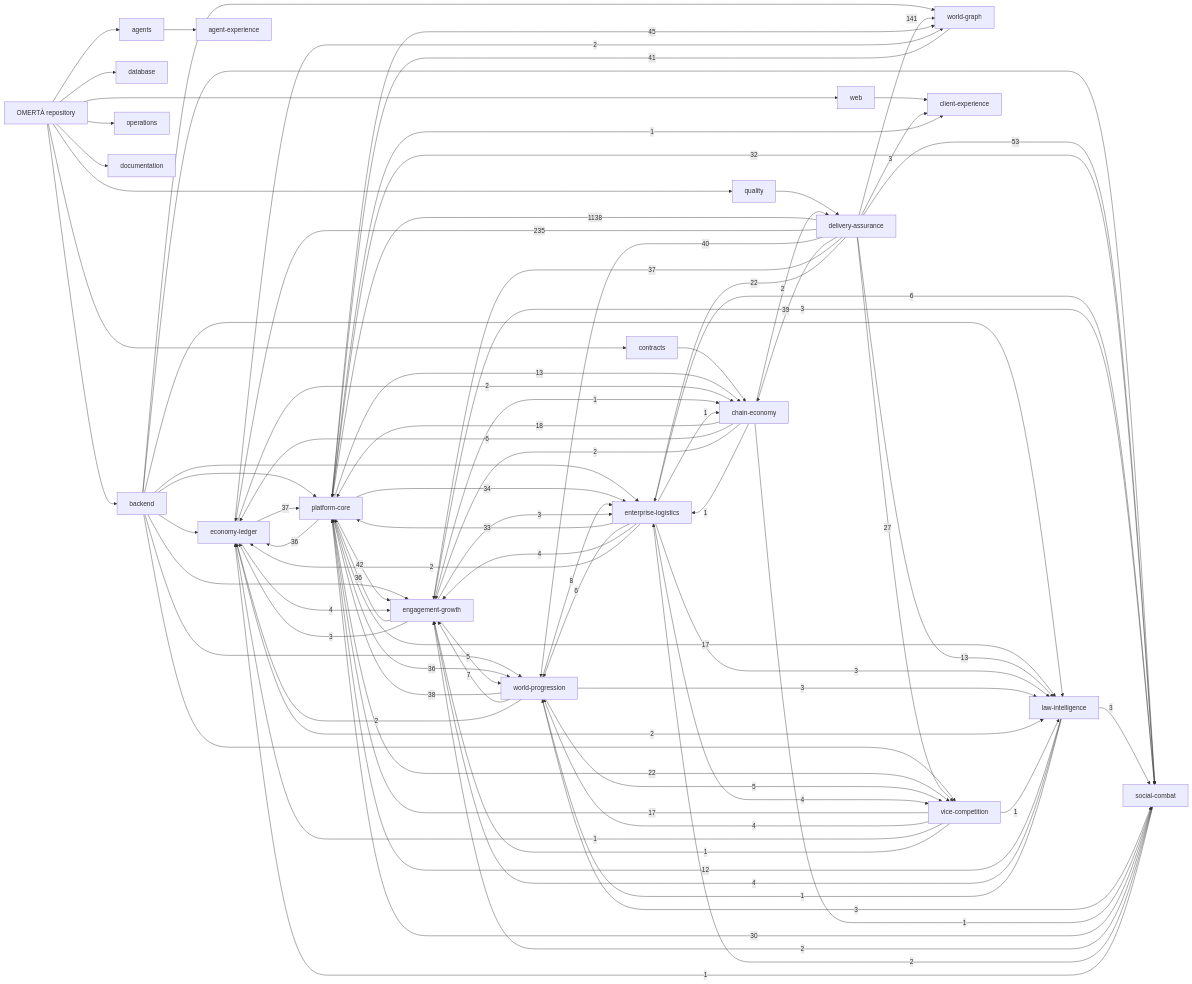
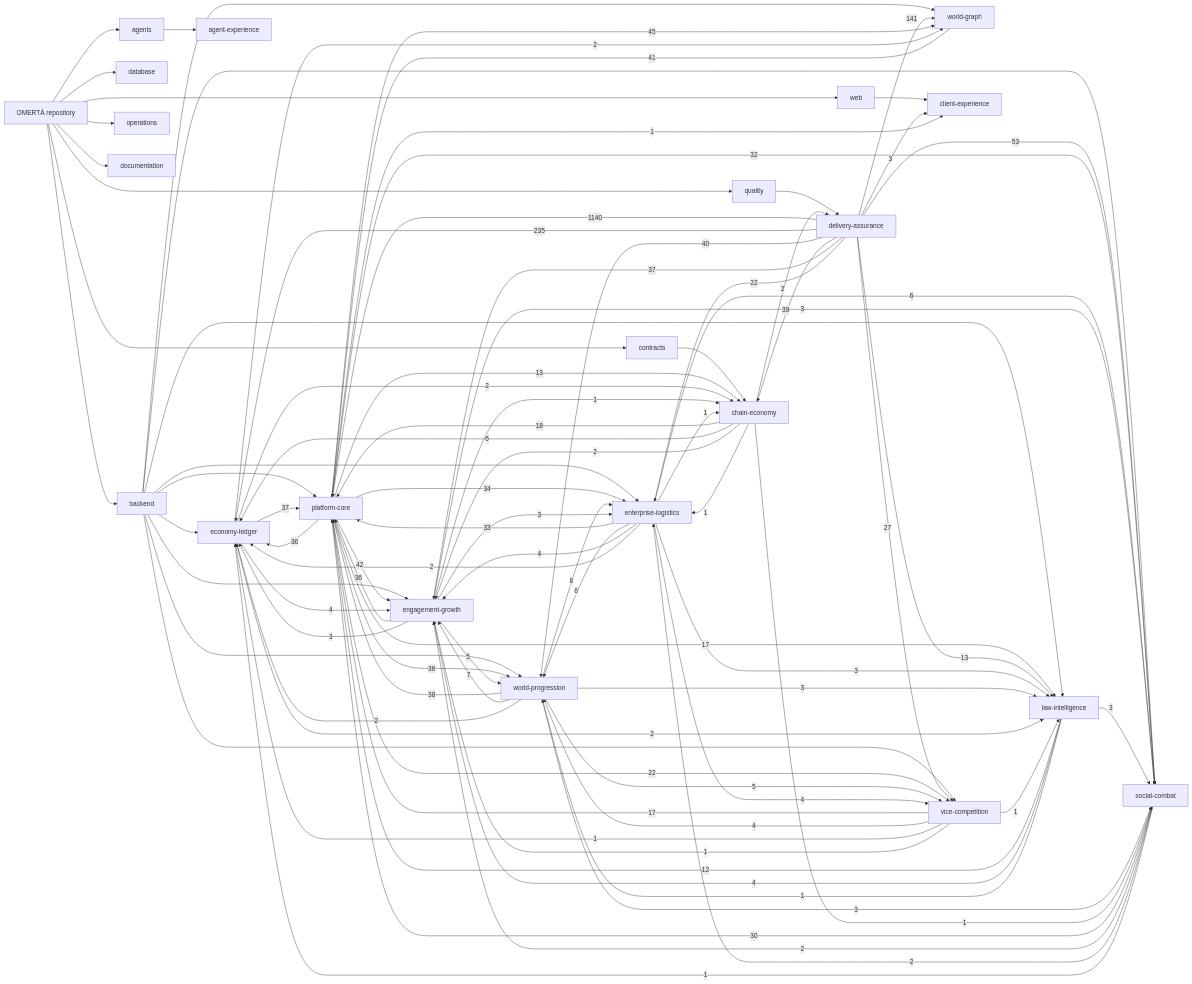
The diagram in knowledge/generated/graph.mmd (OmertaDev/Omerta), drawn with Mermaid before and after one commit. The commit also changed 6 other files, not shown here.

```diff
--- a/knowledge/generated/graph.mmd
+++ b/knowledge/generated/graph.mmd
@@ -1,111 +1,111 @@
 flowchart LR
   repo["OMERTÀ repository"]
   sub_backend["backend"]
   repo --> sub_backend
   sub_database["database"]
   repo --> sub_database
   sub_web["web"]
   repo --> sub_web
   sub_contracts["contracts"]
   repo --> sub_contracts
   sub_agents["agents"]
   repo --> sub_agents
   sub_quality["quality"]
   repo --> sub_quality
   sub_operations["operations"]
   repo --> sub_operations
   sub_documentation["documentation"]
   repo --> sub_documentation
   dom_platform-core["platform-core"]
   dom_economy-ledger["economy-ledger"]
   dom_social-combat["social-combat"]
   dom_world-progression["world-progression"]
   dom_world-graph["world-graph"]
   dom_enterprise-logistics["enterprise-logistics"]
   dom_vice-competition["vice-competition"]
   dom_law-intelligence["law-intelligence"]
   dom_chain-economy["chain-economy"]
   dom_engagement-growth["engagement-growth"]
   dom_client-experience["client-experience"]
   dom_agent-experience["agent-experience"]
   dom_delivery-assurance["delivery-assurance"]
   sub_agents --> dom_agent-experience
   sub_backend --> dom_economy-ledger
   sub_backend --> dom_engagement-growth
   sub_backend --> dom_enterprise-logistics
   sub_backend --> dom_law-intelligence
   sub_backend --> dom_platform-core
   sub_backend --> dom_social-combat
   sub_backend --> dom_vice-competition
   sub_backend --> dom_world-graph
   sub_backend --> dom_world-progression
   sub_contracts --> dom_chain-economy
   sub_quality --> dom_delivery-assurance
   sub_web --> dom_client-experience
-  dom_delivery-assurance -->|1138| dom_platform-core
+  dom_delivery-assurance -->|1140| dom_platform-core
   dom_delivery-assurance -->|235| dom_economy-ledger
   dom_delivery-assurance -->|141| dom_world-graph
   dom_delivery-assurance -->|53| dom_social-combat
   dom_platform-core -->|45| dom_world-graph
   dom_platform-core -->|42| dom_engagement-growth
   dom_world-graph -->|41| dom_platform-core
   dom_delivery-assurance -->|40| dom_world-progression
   dom_delivery-assurance -->|39| dom_chain-economy
   dom_world-progression -->|38| dom_platform-core
   dom_delivery-assurance -->|37| dom_engagement-growth
   dom_economy-ledger -->|37| dom_platform-core
   dom_engagement-growth -->|36| dom_platform-core
   dom_platform-core -->|36| dom_economy-ledger
   dom_platform-core -->|36| dom_world-progression
   dom_platform-core -->|34| dom_enterprise-logistics
   dom_enterprise-logistics -->|33| dom_platform-core
   dom_platform-core -->|32| dom_social-combat
   dom_social-combat -->|30| dom_platform-core
   dom_delivery-assurance -->|27| dom_vice-competition
   dom_delivery-assurance -->|22| dom_enterprise-logistics
   dom_platform-core -->|22| dom_vice-competition
   dom_chain-economy -->|18| dom_platform-core
   dom_platform-core -->|17| dom_law-intelligence
   dom_vice-competition -->|17| dom_platform-core
   dom_delivery-assurance -->|13| dom_law-intelligence
   dom_platform-core -->|13| dom_chain-economy
   dom_law-intelligence -->|12| dom_platform-core
   dom_world-progression -->|8| dom_enterprise-logistics
   dom_world-progression -->|7| dom_engagement-growth
   dom_chain-economy -->|6| dom_economy-ledger
   dom_enterprise-logistics -->|6| dom_social-combat
   dom_enterprise-logistics -->|6| dom_world-progression
   dom_engagement-growth -->|5| dom_world-progression
   dom_world-progression -->|5| dom_vice-competition
   dom_economy-ledger -->|4| dom_engagement-growth
   dom_enterprise-logistics -->|4| dom_engagement-growth
   dom_enterprise-logistics -->|4| dom_vice-competition
   dom_law-intelligence -->|4| dom_engagement-growth
   dom_vice-competition -->|4| dom_world-progression
   dom_delivery-assurance -->|3| dom_client-experience
   dom_engagement-growth -->|3| dom_economy-ledger
   dom_engagement-growth -->|3| dom_enterprise-logistics
   dom_engagement-growth -->|3| dom_social-combat
   dom_enterprise-logistics -->|3| dom_law-intelligence
   dom_law-intelligence -->|3| dom_social-combat
   dom_world-progression -->|3| dom_law-intelligence
   dom_world-progression -->|3| dom_social-combat
   dom_chain-economy -->|2| dom_delivery-assurance
   dom_chain-economy -->|2| dom_engagement-growth
   dom_economy-ledger -->|2| dom_chain-economy
   dom_economy-ledger -->|2| dom_law-intelligence
   dom_economy-ledger -->|2| dom_world-graph
   dom_enterprise-logistics -->|2| dom_economy-ledger
   dom_social-combat -->|2| dom_engagement-growth
   dom_social-combat -->|2| dom_enterprise-logistics
   dom_world-progression -->|2| dom_economy-ledger
   dom_chain-economy -->|1| dom_enterprise-logistics
   dom_chain-economy -->|1| dom_social-combat
   dom_engagement-growth -->|1| dom_chain-economy
   dom_enterprise-logistics -->|1| dom_chain-economy
   dom_law-intelligence -->|1| dom_world-progression
   dom_platform-core -->|1| dom_client-experience
   dom_social-combat -->|1| dom_economy-ledger
   dom_vice-competition -->|1| dom_economy-ledger
   dom_vice-competition -->|1| dom_engagement-growth
   dom_vice-competition -->|1| dom_law-intelligence
```
